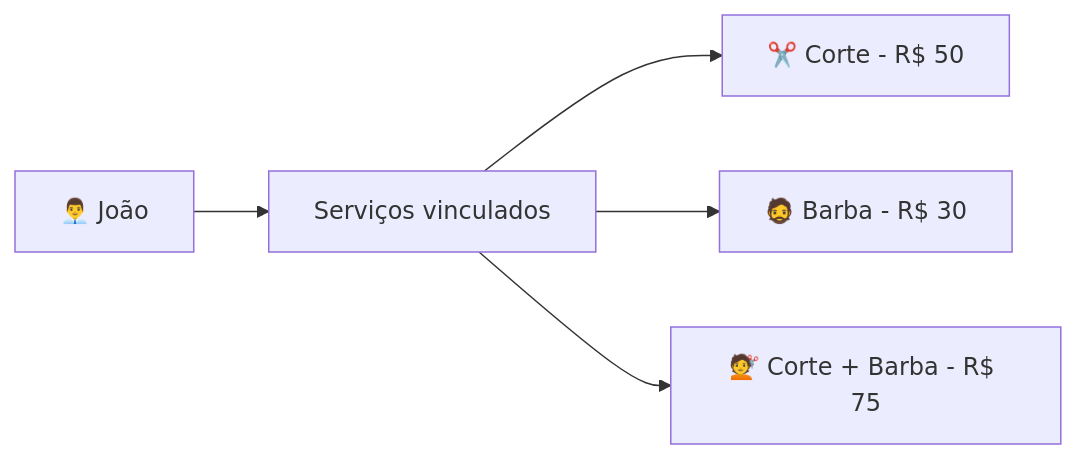
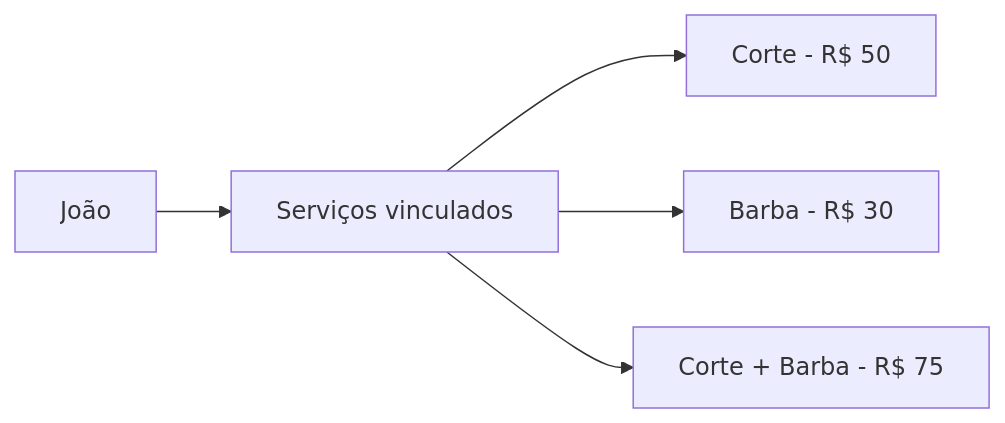
Before and after one commit to AgendoCerto/docs: the second of 2 diagrams in contents/guides/servicos.md, drawn with Mermaid. The commit also changed other lines of this file and 6 other files, not shown here.

````diff
--- a/contents/guides/servicos.md
+++ b/contents/guides/servicos.md
@@ -144,7 +143,7 @@
 ```mermaid
 graph LR
-    A[👨‍💼 João] --> B[Serviços vinculados]
-    B --> C[✂️ Corte - R$ 50]
-    B --> D[🧔 Barba - R$ 30]
-    B --> E[💇 Corte + Barba - R$ 75]
+    A[João] --> B[Serviços vinculados]
+    B --> C[Corte - R$ 50]
+    B --> D[Barba - R$ 30]
+    B --> E[Corte + Barba - R$ 75]
 ```
````
